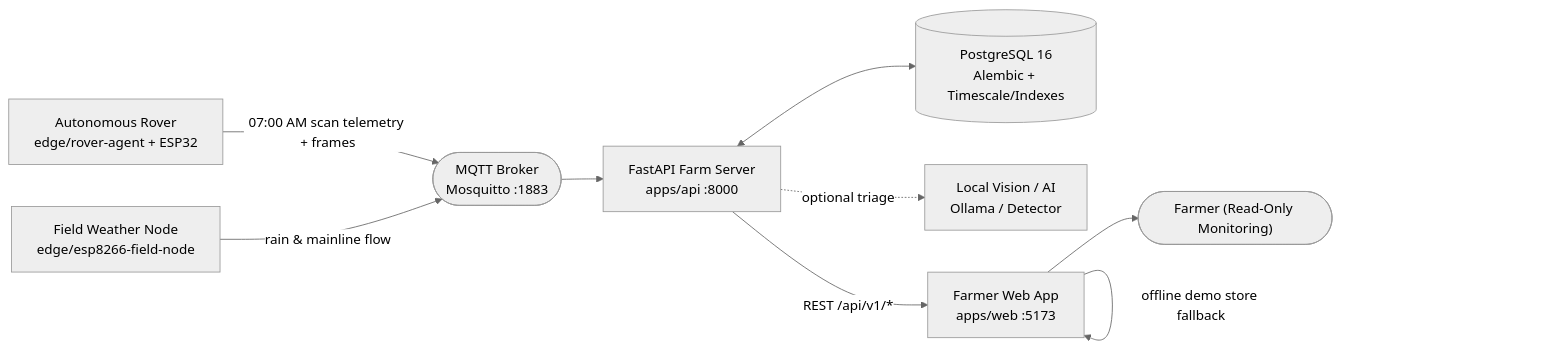
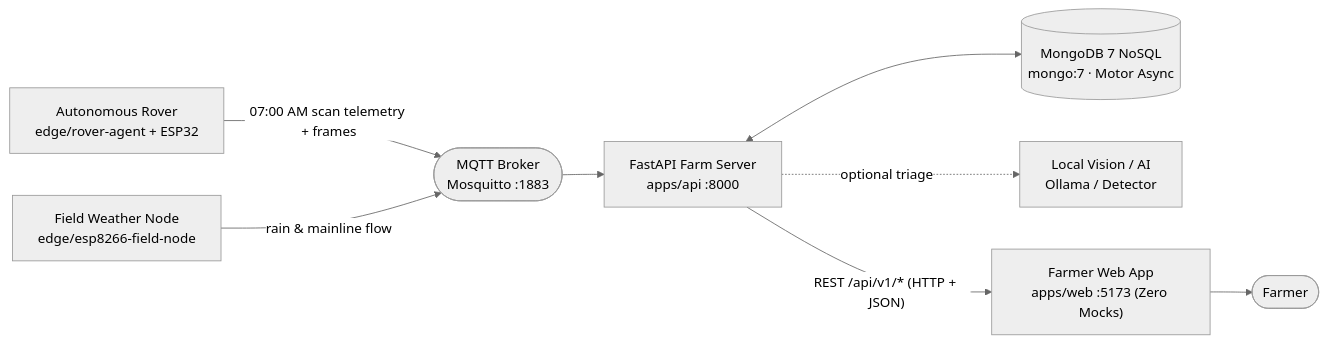
One commit to DaivaiCheong/agrirover changed the diagram in docs/WORKFLOW.md. Above: the diagram before and after it, drawn with Mermaid (neutral theme). The commit also changed other lines of this file and 137 other files, not shown here.

Commit message:
feat: connect React frontend, FastAPI backend & MongoDB 7 Docker stack with zero mock data

````diff
--- a/docs/WORKFLOW.md
+++ b/docs/WORKFLOW.md
@@ -35,20 +32,19 @@
 ```mermaid
 flowchart LR
     Rover["Autonomous Rover<br>edge/rover-agent + ESP32"]
     Node["Field Weather Node<br>edge/esp8266-field-node"]
     MQTT(["MQTT Broker<br>Mosquitto :1883"])
     API["FastAPI Farm Server<br>apps/api :8000"]
-    DB[("PostgreSQL 16<br>Alembic + Timescale/Indexes")]
+    DB[("MongoDB 7 NoSQL<br>mongo:7 · Motor Async")]
     AI["Local Vision / AI<br>Ollama / Detector"]
-    Web["Farmer Web App<br>apps/web :5173"]
-    Farmer(["Farmer (Read-Only Monitoring)"])
+    Web["Farmer Web App<br>apps/web :5173 (Zero Mocks)"]
+    Farmer(["Farmer"])
 
     Rover -->|"07:00 AM scan telemetry + frames"| MQTT
     Node -->|"rain & mainline flow"| MQTT
     MQTT --> API
     API <--> DB
     API -.->|"optional triage"| AI
-    API -->|"REST /api/v1/*"| Web
-    Web -->|"offline demo store fallback"| Web
+    API -->|"REST /api/v1/* (HTTP + JSON)"| Web
     Web --> Farmer
 ```
````
